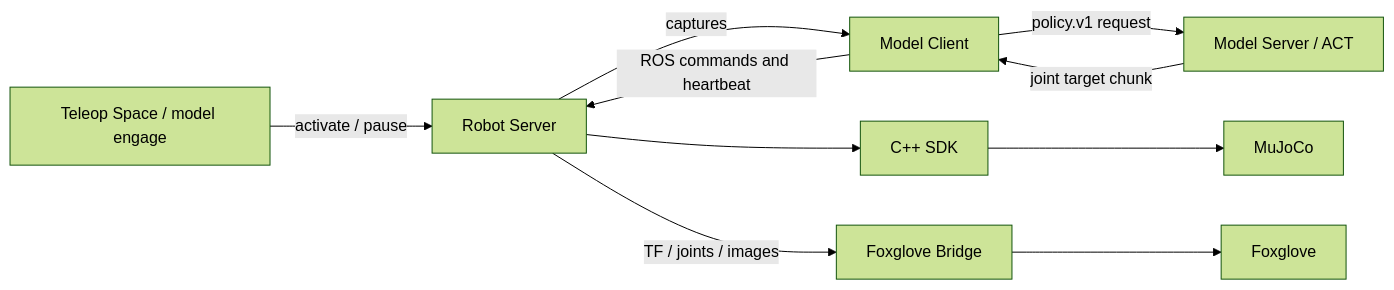
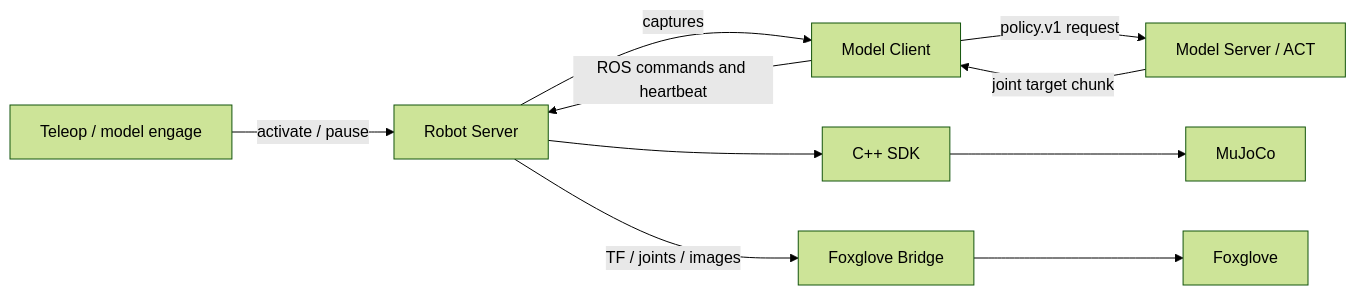
Before and after one commit to marcusoberg/robot_ws: the diagram in README.md, drawn with Mermaid (forest theme). The commit also changed other lines of this file and 85 other files, not shown here.

````diff
--- a/README.md
+++ b/README.md
@@ -27,12 +29,12 @@
 ```mermaid
 flowchart LR
     Captures[Robot Server] -->|captures| Client[Model Client]
     Client -->|policy.v1 request| Model[Model Server / ACT]
     Model -->|joint target chunk| Client
     Client -->|ROS commands and heartbeat| Captures
-    Operator[Teleop Space / model engage] -->|activate / pause| Captures
+    Operator[Teleop / model engage] -->|activate / pause| Captures
     Captures --> SDK[C++ SDK]
     SDK --> Sim[MuJoCo]
     Captures -->|TF / joints / images| Bridge[Foxglove Bridge]
     Bridge --> Foxglove
 ```
````
